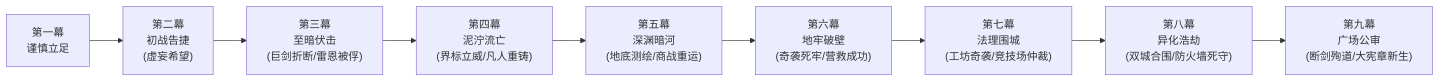
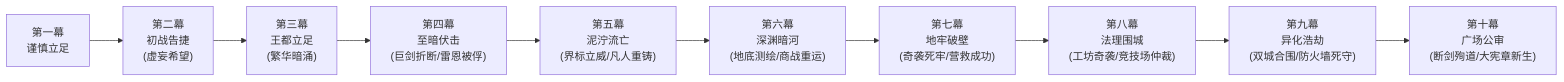
One commit to soranokiseki1437/eldoria-worldbook changed the second of 2 diagrams in 方案/第二部/主线与世界扩充方案/01_宏篇主线演进与阶段规划方案.md. Above: the diagram before and after it, drawn with Mermaid. The commit also changed other lines of this file and 31 other files, not shown here.

````diff
--- a/方案/第二部/主线与世界扩充方案/01_宏篇主线演进与阶段规划方案.md
+++ b/方案/第二部/主线与世界扩充方案/01_宏篇主线演进与阶段规划方案.md
@@ -260,11 +160,12 @@
 ```mermaid
 graph LR
     P1["第一幕<br/>谨慎立足"] --> P2["第二幕<br/>初战告捷<br/>(虚妄希望)"]
-    P2 --> P3["第三幕<br/>至暗伏击<br/>(巨剑折断/雷恩被俘)"]
-    P3 --> P4["第四幕<br/>泥泞流亡<br/>(界标立威/凡人重铸)"]
-    P4 --> P5["第五幕<br/>深渊暗河<br/>(地底测绘/商战重运)"]
-    P5 --> P6["第六幕<br/>地牢破壁<br/>(奇袭死牢/营救成功)"]
-    P6 --> P7["第七幕<br/>法理围城<br/>(工坊奇袭/竞技场仲裁)"]
-    P7 --> P8["第八幕<br/>异化浩劫<br/>(双城合围/防火墙死守)"]
-    P8 --> P9["第九幕<br/>广场公审<br/>(断剑殉道/大宪章新生)"]
+    P2 --> P3["第三幕<br/>王都立足<br/>(繁华暗涌)"]
+    P3 --> P4["第四幕<br/>至暗伏击<br/>(巨剑折断/雷恩被俘)"]
+    P4 --> P5["第五幕<br/>泥泞流亡<br/>(界标立威/凡人重铸)"]
+    P5 --> P6["第六幕<br/>深渊暗河<br/>(地底测绘/商战重运)"]
+    P6 --> P7["第七幕<br/>地牢破壁<br/>(奇袭死牢/营救成功)"]
+    P7 --> P8["第八幕<br/>法理围城<br/>(工坊奇袭/竞技场仲裁)"]
+    P8 --> P9["第九幕<br/>异化浩劫<br/>(双城合围/防火墙死守)"]
+    P9 --> P10["第十幕<br/>广场公审<br/>(断剑殉道/大宪章新生)"]
 ```
````
